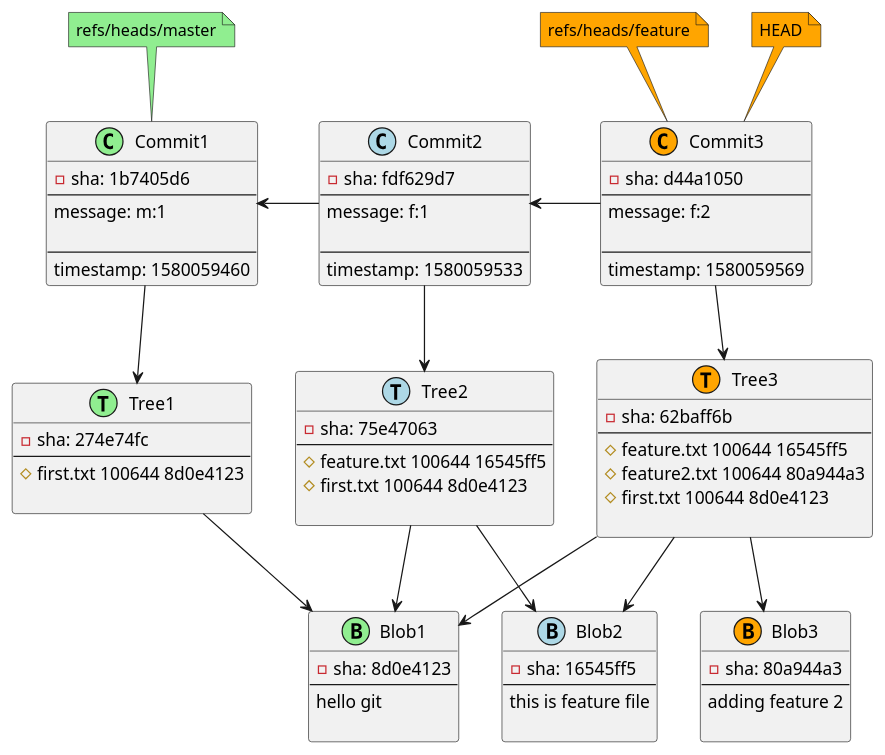
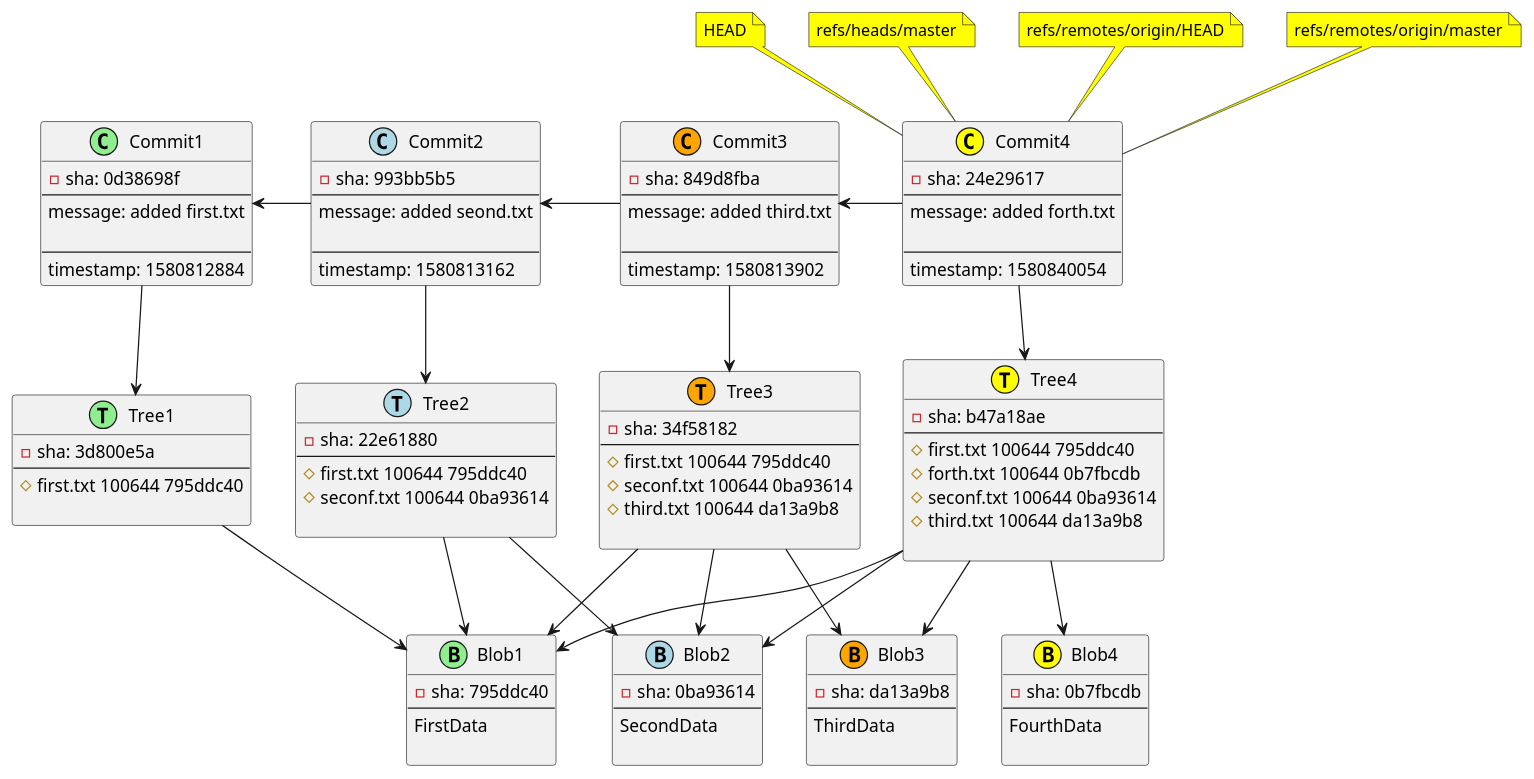
The first of 2 diagrams in src/main/resources/diagram.adoc (tsypuk/git2plantuml), drawn with PlantUML before and after one commit. The commit also changed other lines of this file and 2 other files, not shown here.

```diff
--- a/src/main/resources/diagram.adoc
+++ b/src/main/resources/diagram.adoc
@@ -1,80 +1,110 @@
-[plantuml, Git repository time snapshotff60a0ac-dd5d-4193-b12c-a5ad96a34f1b, png, title="Git repository time snapshot: 3 commits, 3 trees, 3 blobs, 3 refs: HEAD, refs/heads/master, refs/heads/feature, ", width=1000, height=1000]
+[plantuml, Git repository time snapshot5586512b-cad6-4a85-9688-bd449d80a532, png, title="Git repository snapshot: 4 commits, 4 trees, 4 blobs, 4 refs: HEAD, refs/heads/master, refs/remotes/origin/HEAD, refs/remotes/origin/master, ", width=1000, height=1000]
 ....
-class Commit3 <<(C,orange)>> {
--sha: d44a1050
+class Commit4 <<(C,yellow)>> {
+-sha: 24e29617
 --
-message: f:2
+message: added forth.txt
 
 --
-timestamp: 1580059569
+timestamp: 1580840054
+}
+class Commit3 <<(C,orange)>> {
+-sha: 849d8fba
+--
+message: added third.txt
+
+--
+timestamp: 1580813902
 }
 class Commit2 <<(C,lightblue)>> {
--sha: fdf629d7
+-sha: 993bb5b5
 --
-message: f:1
+message: added seond.txt
 
 --
-timestamp: 1580059533
+timestamp: 1580813162
 }
 class Commit1 <<(C,lightgreen)>> {
--sha: 1b7405d6
+-sha: 0d38698f
 --
-message: m:1
+message: added first.txt
 
 --
-timestamp: 1580059460
+timestamp: 1580812884
+}
+class Tree4 <<(T,yellow)>> {
+-sha: b47a18ae
+--
+# first.txt 100644 795ddc40
+# forth.txt 100644 0b7fbcdb
+# seconf.txt 100644 0ba93614
+# third.txt 100644 da13a9b8
+
 }
 class Tree3 <<(T,orange)>> {
--sha: 62baff6b
+-sha: 34f58182
 --
-# feature.txt 100644 16545ff5
-# feature2.txt 100644 80a944a3
-# first.txt 100644 8d0e4123
+# first.txt 100644 795ddc40
+# seconf.txt 100644 0ba93614
+# third.txt 100644 da13a9b8
 
 }
 class Tree2 <<(T,lightblue)>> {
--sha: 75e47063
+-sha: 22e61880
 --
-# feature.txt 100644 16545ff5
-# first.txt 100644 8d0e4123
+# first.txt 100644 795ddc40
+# seconf.txt 100644 0ba93614
 
 }
 class Tree1 <<(T,lightgreen)>> {
--sha: 274e74fc
+-sha: 3d800e5a
 --
-# first.txt 100644 8d0e4123
+# first.txt 100644 795ddc40
+
+}
+class Blob4 <<(B,yellow)>> {
+-sha: 0b7fbcdb
+--
+FourthData
 
 }
 class Blob3 <<(B,orange)>> {
--sha: 80a944a3
+-sha: da13a9b8
 --
-adding feature 2
+ThirdData
+
+}
+class Blob1 <<(B,lightgreen)>> {
+-sha: 795ddc40
+--
+FirstData
 
 }
 class Blob2 <<(B,lightblue)>> {
--sha: 16545ff5
+-sha: 0ba93614
 --
-this is feature file
+SecondData
 
 }
-class Blob1 <<(B,lightgreen)>> {
--sha: 8d0e4123
---
-hello git
-
-}
+Commit4 --> Tree4
 Commit3 --> Tree3
 Commit2 --> Tree2
 Commit1 --> Tree1
+Tree4 --> Blob1
+Tree4 --> Blob4
+Tree4 --> Blob2
+Tree4 --> Blob3
+Tree3 --> Blob1
 Tree3 --> Blob2
 Tree3 --> Blob3
-Tree3 --> Blob1
+Tree2 --> Blob1
 Tree2 --> Blob2
-Tree2 --> Blob1
 Tree1 --> Blob1
+Commit3 -l-> Commit2
 Commit2 -l-> Commit1
-Commit3 -l-> Commit2
-note top of Commit3 #orange : HEAD
-note top of Commit1 #lightgreen : refs/heads/master
-note top of Commit3 #orange : refs/heads/feature
+Commit4 -l-> Commit3
+note top of Commit4 #yellow : HEAD
+note top of Commit4 #yellow : refs/heads/master
+note top of Commit4 #yellow : refs/remotes/origin/HEAD
+note top of Commit4 #yellow : refs/remotes/origin/master
 ....
```
